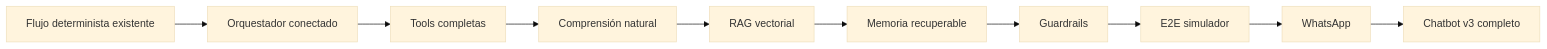
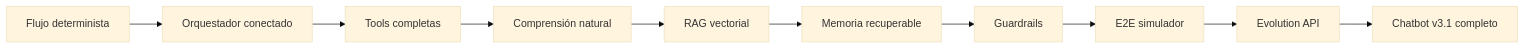
One commit to CLOG-U/credibot-prueba changed the fourth of 4 diagrams in plan.md. Above: the diagram before and after it, drawn with Mermaid (base theme). The commit also changed other lines of this file and 5 other files, not shown here.

````diff
--- a/plan.md
+++ b/plan.md
@@ -727,12 +544,12 @@
-~~~mermaid
+```mermaid
 flowchart LR
-    A[Flujo determinista existente] --> B[Orquestador conectado]
+    A[Flujo determinista] --> B[Orquestador conectado]
     B --> C[Tools completas]
     C --> D[Comprensión natural]
     D --> E[RAG vectorial]
     E --> F[Memoria recuperable]
     F --> G[Guardrails]
     G --> H[E2E simulador]
-    H --> I[WhatsApp]
-    I --> J[Chatbot v3 completo]
-~~~
+    H --> I[Evolution API]
+    I --> J[Chatbot v3.1 completo]
+```
````
